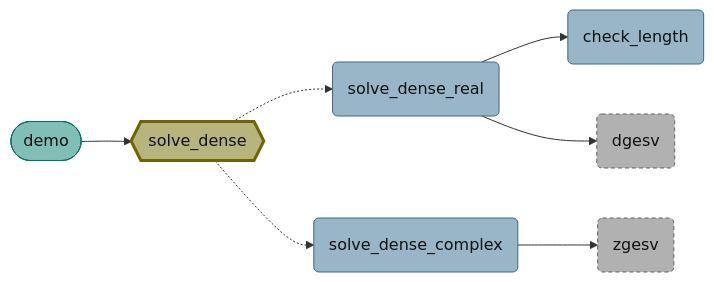
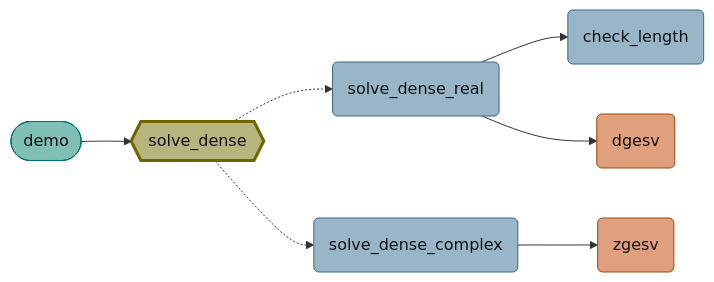
The seventh of 12 diagrams in docs/content/docs/showcase/modern/solver_kernels.mdx (Nevensky/fumadocs-fortran), drawn with Mermaid before and after one commit. The commit also changed other lines of this file and 35 other files, not shown here.

````diff
--- a/docs/content/docs/showcase/modern/solver_kernels.mdx
+++ b/docs/content/docs/showcase/modern/solver_kernels.mdx
@@ -577,34 +577,34 @@
 ```mermaid
 flowchart LR
   classDef fdfProgram fill:#80bfb6,stroke:#00736a,color:#111111
   classDef fdfProcedure fill:#98b6c8,stroke:#386a86,color:#111111
   classDef fdfGeneric fill:#b7b47e,stroke:#6d6600,color:#111111
-  classDef fdfExternal fill:#b1b1b1,stroke:#636363,color:#111111,stroke-dasharray:4 3
+  classDef fdfLapack fill:#e0a07d,stroke:#9c4700,color:#111111
   classDef fdfFocus stroke-width:3px
   n1{{"solve_dense"}}
   n2("solve_dense_real")
   n3("solve_dense_complex")
   n4(["demo"])
   n5("check_length")
   n6("dgesv")
   n7("zgesv")
   n1 -.-> n2
   n1 -.-> n3
   n2 --> n5
   n2 --> n6
   n3 --> n7
   n4 --> n1
   class n1 fdfGeneric
   class n1 fdfFocus
   class n2 fdfProcedure
   class n3 fdfProcedure
   class n4 fdfProgram
   class n5 fdfProcedure
-  class n6 fdfExternal
-  class n7 fdfExternal
+  class n6 fdfLapack
+  class n7 fdfLapack
   click n1 href "/docs/showcase/modern/solver_kernels#solve_dense"
   click n2 href "/docs/showcase/modern/solver_kernels_lapack#solve_dense_real"
   click n3 href "/docs/showcase/modern/solver_kernels_lapack#solve_dense_complex"
   click n4 href "/docs/showcase/modern/demo"
   click n5 href "/docs/showcase/modern/solver_kernels#check_length"
 ```
````
